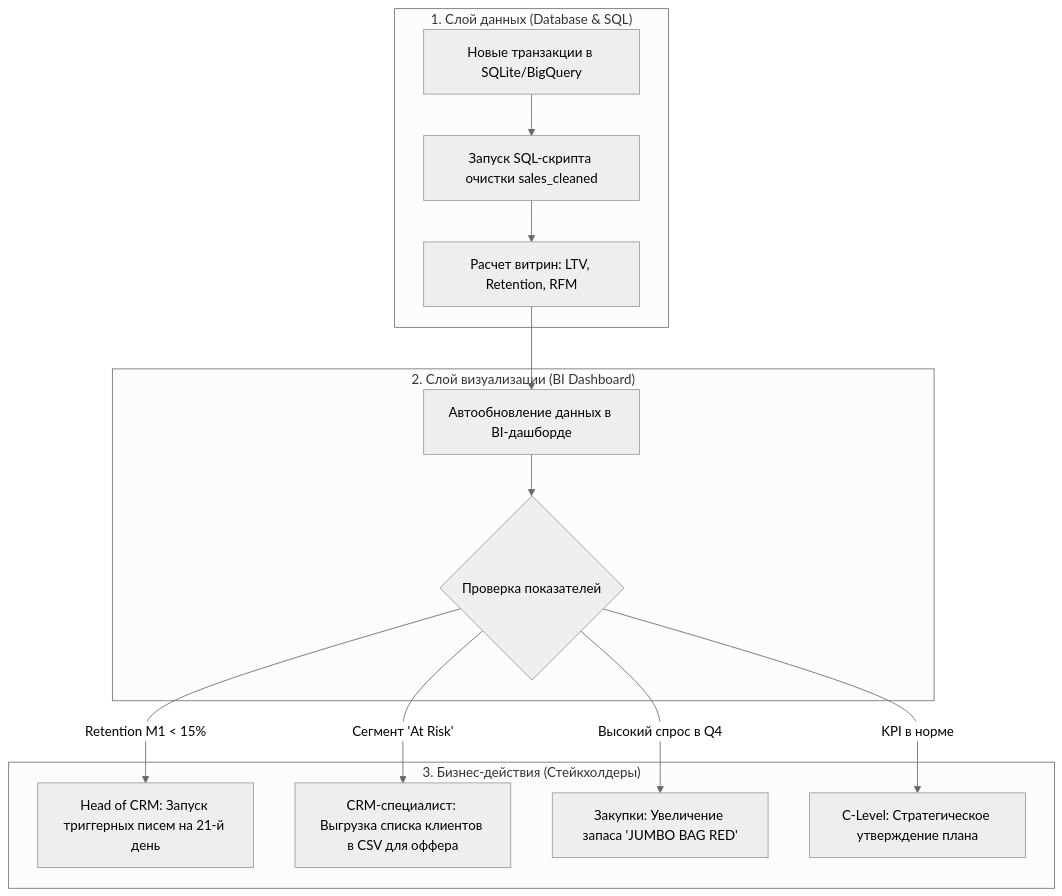
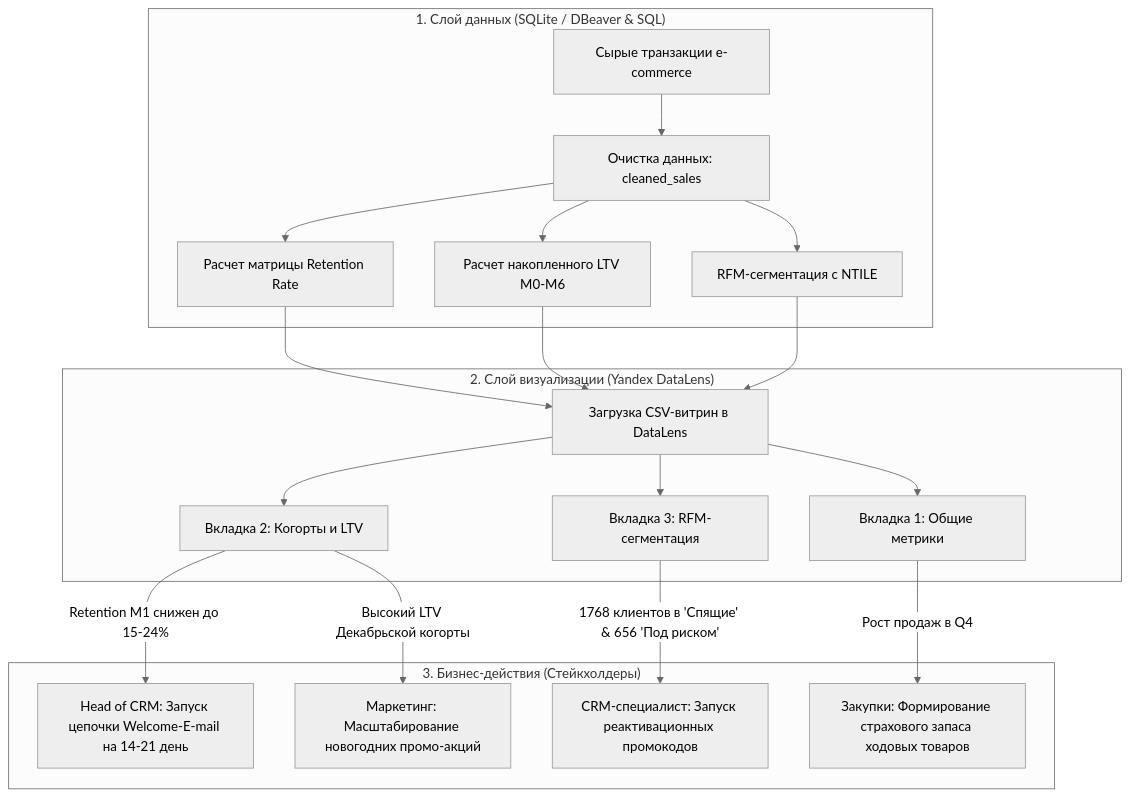
The diagram in BRD.md (MariiaBarashkova/E-Commerce-Executive-CRM-Sales-Dashboard), drawn with Mermaid (neutral theme) before and after one commit. The commit also changed other lines of this file, not shown here.

````diff
--- a/BRD.md
+++ b/BRD.md
@@ -44,19 +95,23 @@
 ```mermaid
 flowchart TD
-    subgraph Data_Layer ["1. Слой данных (Database & SQL)"]
-        A[Новые транзакции в SQLite/BigQuery] --> B[Запуск SQL-скрипта очистки sales_cleaned]
-        B --> C[Расчет витрин: LTV, Retention, RFM]
+    subgraph Data_Layer ["1. Слой данных (SQLite / DBeaver & SQL)"]
+        A[Сырые транзакции e-commerce] --> B[Очистка данных: cleaned_sales]
+        B --> C1[Расчет матрицы Retention Rate]
+        B --> C2[Расчет накопленного LTV M0-M6]
+        B --> C3[RFM-сегментация с NTILE]
     end
 
-    subgraph BI_Layer ["2. Слой визуализации (BI Dashboard)"]
-        C --> D[Автообновление данных в BI-дашборде]
-        D --> E{Проверка показателей}
+    subgraph BI_Layer ["2. Слой визуализации (Yandex DataLens)"]
+        C1 & C2 & C3 --> D[Загрузка CSV-витрин в DataLens]
+        D --> E1[Вкладка 1: Общие метрики]
+        D --> E2[Вкладка 2: Когорты и LTV]
+        D --> E3[Вкладка 3: RFM-сегментация]
     end
 
     subgraph Business_Actions ["3. Бизнес-действия (Стейкхолдеры)"]
-        E -->|Retention M1 < 15%| F[Head of CRM: Запуск триггерных писем на 21-й день]
-        E -->|Сегмент 'At Risk'| G[CRM-специалист: Выгрузка списка клиентов в CSV для оффера]
-        E -->|Высокий спрос в Q4| H[Закупки: Увеличение запаса 'JUMBO BAG RED']
-        E -->|KPI в норме| I[C-Level: Стратегическое утверждение плана]
+        E2 -->|Retention M1 снижен до 15-24%| F[Head of CRM: Запуск цепочки Welcome-E-mail на 14-21 день]
+        E2 -->|Высокий LTV Декабрьской когорты| G[Маркетинг: Масштабирование новогодних промо-акций]
+        E3 -->|1768 клиентов в 'Спящие' & 656 'Под риском'| H[CRM-специалист: Запуск реактивационных промокодов]
+        E1 -->|Рост продаж в Q4| I[Закупки: Формирование страхового запаса ходовых товаров]
     end
 ```
````
